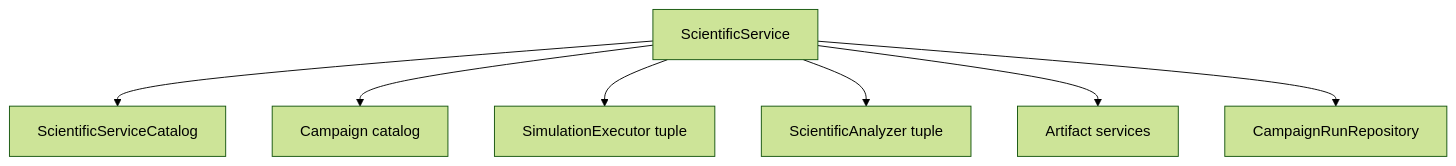
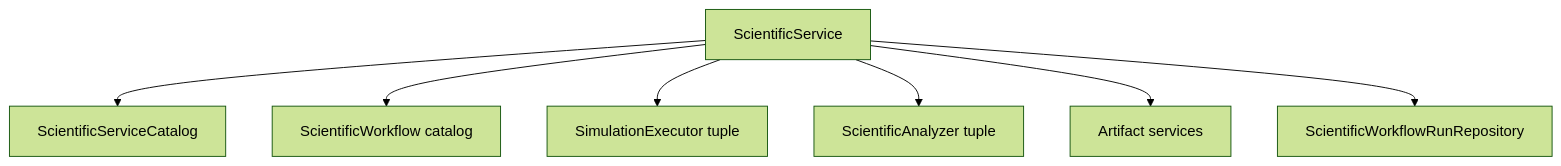
The diagram in docs/architecture/v2/workflow/service-model.md (eragasa/ksdft2effmass), drawn with Mermaid (forest theme) before and after one commit. The commit also changed other lines of this file and 85 other files, not shown here.

Commit message:
docs(architecture): define workflow and harness agent v2

````diff
--- a/docs/architecture/v2/workflow/service-model.md
+++ b/docs/architecture/v2/workflow/service-model.md
@@ -20,9 +20,9 @@
 ```mermaid
 flowchart TB
     service["ScientificService"] --> catalog["ScientificServiceCatalog"]
-    service --> campaigns["Campaign catalog"]
+    service --> definitions["ScientificWorkflow catalog"]
     service --> executors["SimulationExecutor tuple"]
     service --> analyzers["ScientificAnalyzer tuple"]
     service --> artifacts["Artifact services"]
-    service --> repository["CampaignRunRepository"]
+    service --> repository["ScientificWorkflowRunRepository"]
 ```
````
